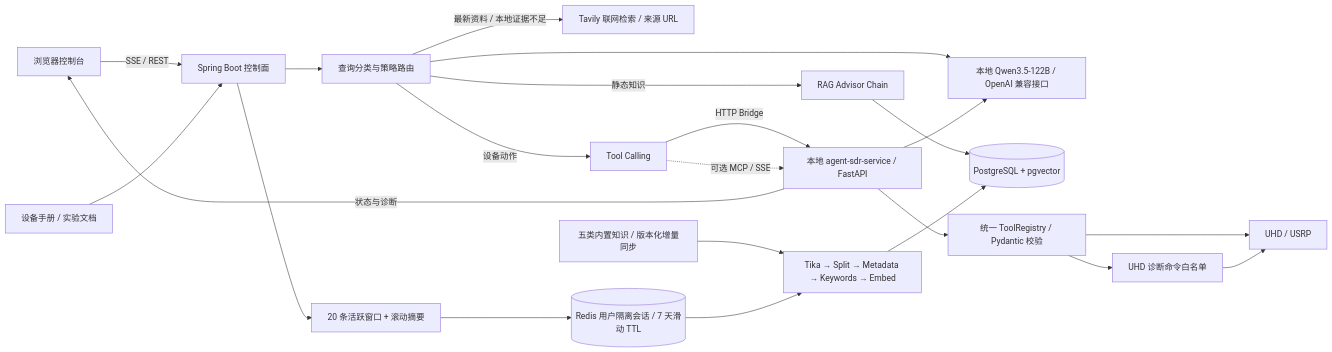
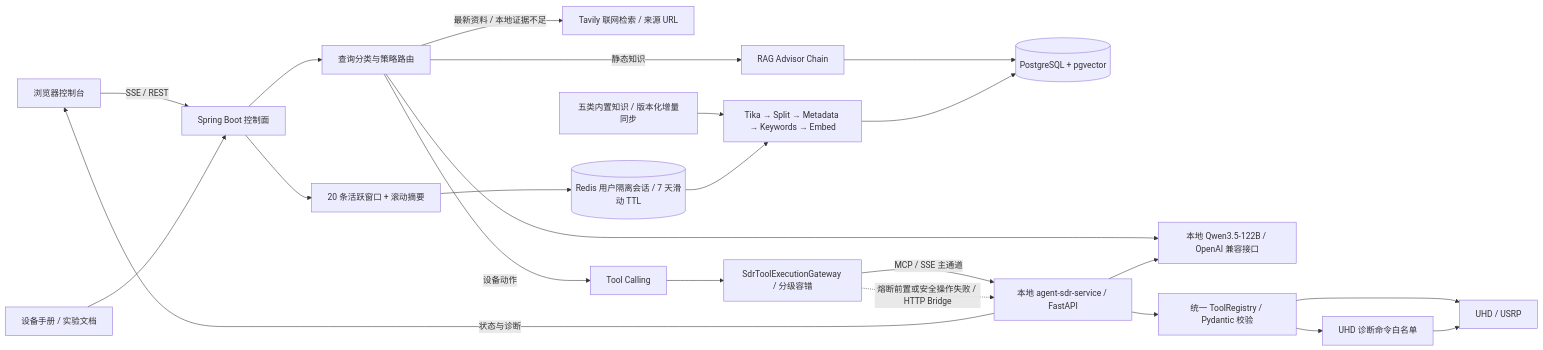
The diagram in README.md (YoYoYoYp/Wireless-Lab-Agent), drawn with Mermaid before and after one commit. The commit also changed other lines of this file and 19 other files, not shown here.

Commit message:
feat: add resilient SDR execution gateway

````diff
--- a/README.md
+++ b/README.md
@@ -39,24 +39,25 @@
 ```mermaid
 flowchart LR
     UI["浏览器控制台"] -->|"SSE / REST"| Spring["Spring Boot 控制面"]
     Spring --> Router["查询分类与策略路由"]
     Router --> Qwen["本地 Qwen3.5-122B / OpenAI 兼容接口"]
     Router -->|"静态知识"| Advisors["RAG Advisor Chain"]
     Advisors --> PG[("PostgreSQL + pgvector")]
     Router -->|"最新资料 / 本地证据不足"| Web["Tavily 联网检索 / 来源 URL"]
     Router -->|"设备动作"| Tools["Tool Calling"]
-    Tools -->|"HTTP Bridge"| SDR["本地 agent-sdr-service / FastAPI"]
-    Tools -.->|"可选 MCP / SSE"| SDR
+    Tools --> Gateway["SdrToolExecutionGateway / 分级容错"]
+    Gateway -->|"MCP / SSE 主通道"| SDR["本地 agent-sdr-service / FastAPI"]
+    Gateway -.->|"熔断前置或安全操作失败 / HTTP Bridge"| SDR
     SDR --> Registry["统一 ToolRegistry / Pydantic 校验"]
     Registry --> Diagnostics["UHD 诊断命令白名单"]
     Registry --> UHD["UHD / USRP"]
     Diagnostics --> UHD["UHD / USRP"]
     SDR --> Qwen
     Spring --> Memory["20 条活跃窗口 + 滚动摘要"]
     Memory --> Redis[("Redis 用户隔离会话 / 7 天滑动 TTL")]
     Upload["设备手册 / 实验文档"] --> Spring
     Bundle["五类内置知识 / 版本化增量同步"] --> ETL
     Redis --> ETL["Tika → Split → Metadata → Keywords → Embed"]
     ETL --> PG
     SDR -->|"状态与诊断"| UI
 ```
````
